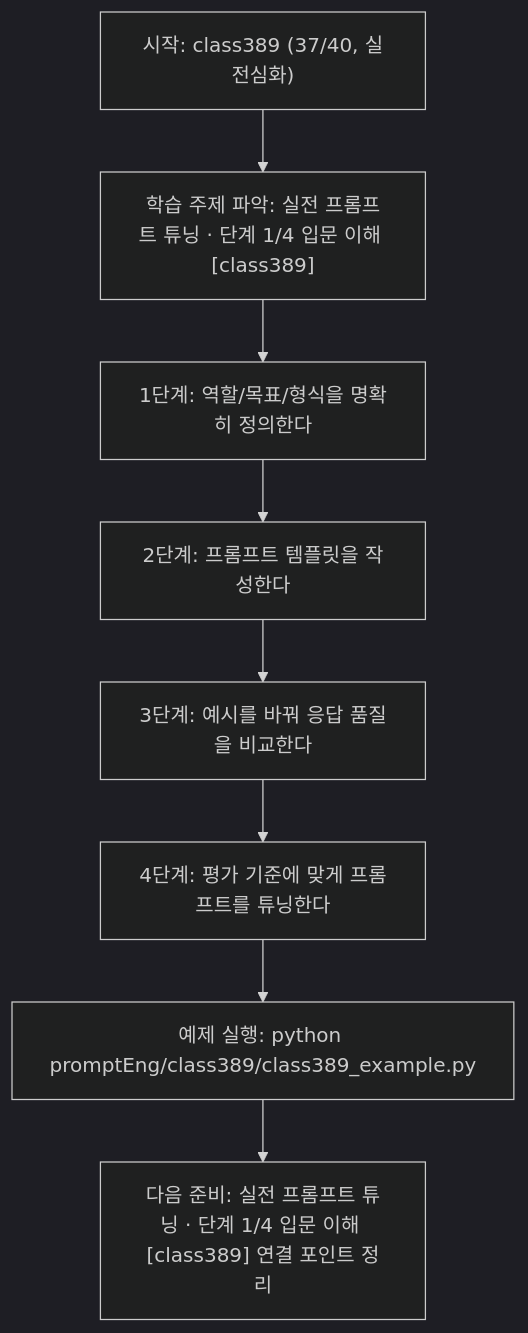
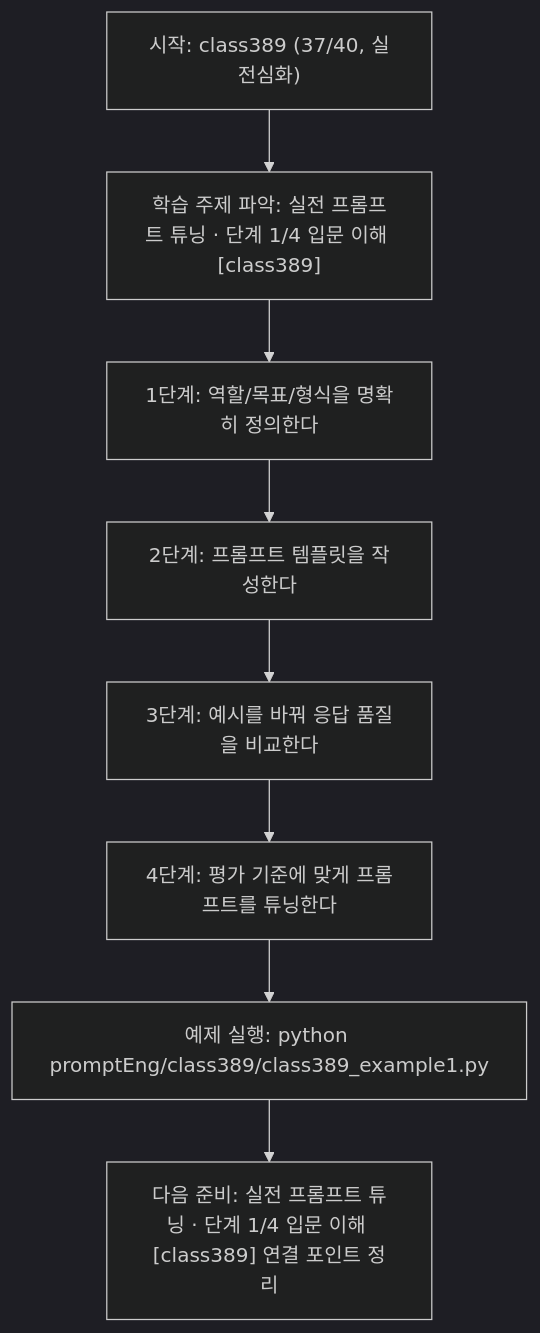
The diagram in promptEng/class389/class389.md (edumgt/Python-AI_Agent-Class), drawn with Mermaid (dark theme) before and after one commit. The commit also changed other lines of this file and 2959 other files, not shown here.

````diff
--- a/promptEng/class389/class389.md
+++ b/promptEng/class389/class389.md
@@ -110,18 +110,18 @@
 ```mermaid
 flowchart TD
 N1["시작: class389 (37/40, 실전심화)"]
 N2["학습 주제 파악: 실전 프롬프트 튜닝 · 단계 1/4 입문 이해 [class389]"]
 N3["1단계: 역할/목표/형식을 명확히 정의한다"]
 N4["2단계: 프롬프트 템플릿을 작성한다"]
 N5["3단계: 예시를 바꿔 응답 품질을 비교한다"]
 N6["4단계: 평가 기준에 맞게 프롬프트를 튜닝한다"]
-N7["예제 실행: python promptEng/class389/class389_example.py"]
+N7["예제 실행: python promptEng/class389/class389_example1.py"]
 N8["다음 준비: 실전 프롬프트 튜닝 · 단계 1/4 입문 이해 [class389] 연결 포인트 정리"]
 N1 --> N2
 N2 --> N3
 N3 --> N4
 N4 --> N5
 N5 --> N6
 N6 --> N7
 N7 --> N8
 ```
````
